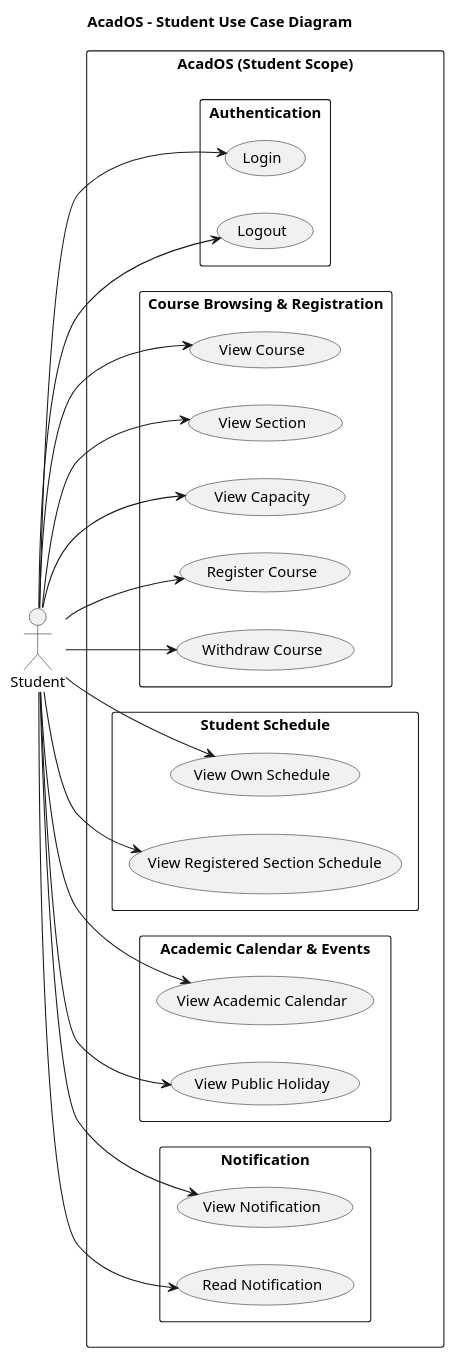
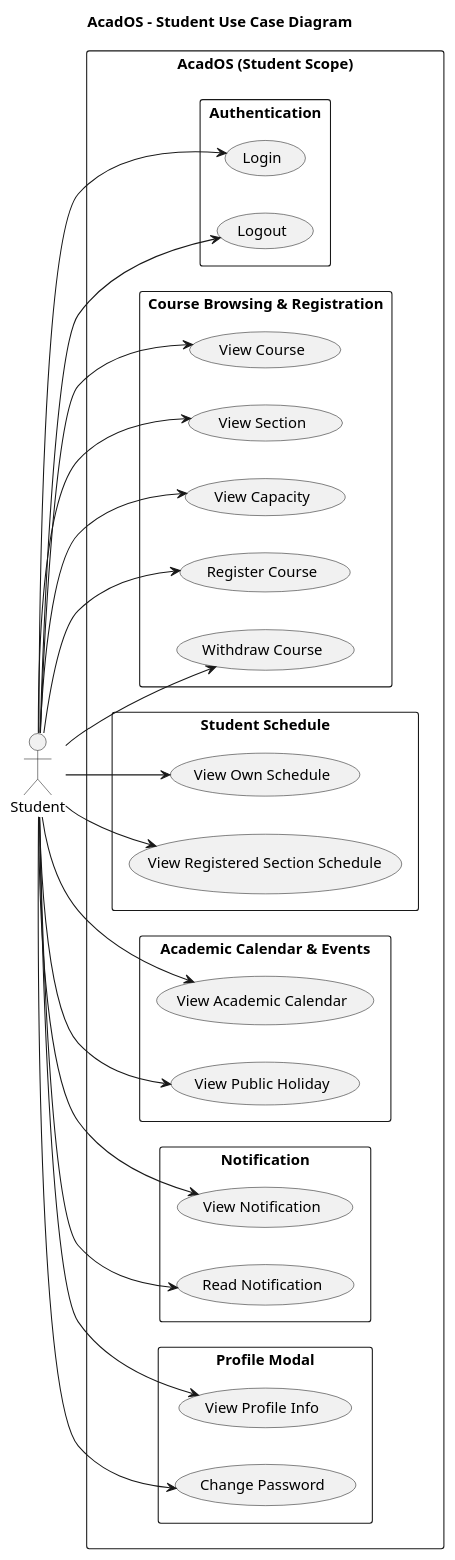
One commit to synthesixer/AcadOS changed the diagram in doc/diagram/UsecaseDiagram/Student-UseCase-Diagram.puml. Above: the diagram before and after it, drawn with PlantUML. The commit also changed 8 other files, not shown here.

```diff
--- a/doc/diagram/UsecaseDiagram/Student-UseCase-Diagram.puml
+++ b/doc/diagram/UsecaseDiagram/Student-UseCase-Diagram.puml
@@ -2,47 +2,53 @@
 @startuml
 title AcadOS - Student Use Case Diagram
 left to right direction
 skinparam packageStyle rectangle
 
 actor "Student" as Student
 
 rectangle "AcadOS (Student Scope)" {
     package "Authentication" {
         usecase "Login" as UC_SLogin
         usecase "Logout" as UC_SLogout
     }
     package "Course Browsing & Registration" {
         usecase "View Course" as UC_SViewCourse
         usecase "View Section" as UC_SViewSection
         usecase "View Capacity" as UC_SViewCapacity
         usecase "Register Course" as UC_SRegister
         usecase "Withdraw Course" as UC_SWithdraw
     }
     package "Student Schedule" {
         usecase "View Own Schedule" as UC_SViewOwnSchedule
         usecase "View Registered Section Schedule" as UC_SViewRegSchedule
     }
     package "Academic Calendar & Events" {
         usecase "View Academic Calendar" as UC_SViewCalendar
         usecase "View Public Holiday" as UC_SViewHoliday
     }
     package "Notification" {
         usecase "View Notification" as UC_SViewNotif
         usecase "Read Notification" as UC_SReadNotif
     }
+    package "Profile Modal" {
+        usecase "View Profile Info" as UC_SViewProfile
+        usecase "Change Password" as UC_SChangePassword
+    }
 }
 
 Student --> UC_SLogin
 Student --> UC_SLogout
 Student --> UC_SViewCourse
 Student --> UC_SViewSection
 Student --> UC_SViewCapacity
 Student --> UC_SRegister
 Student --> UC_SWithdraw
 Student --> UC_SViewOwnSchedule
 Student --> UC_SViewRegSchedule
 Student --> UC_SViewCalendar
 Student --> UC_SViewHoliday
 Student --> UC_SViewNotif
 Student --> UC_SReadNotif
+Student --> UC_SViewProfile
+Student --> UC_SChangePassword
 @enduml
```
